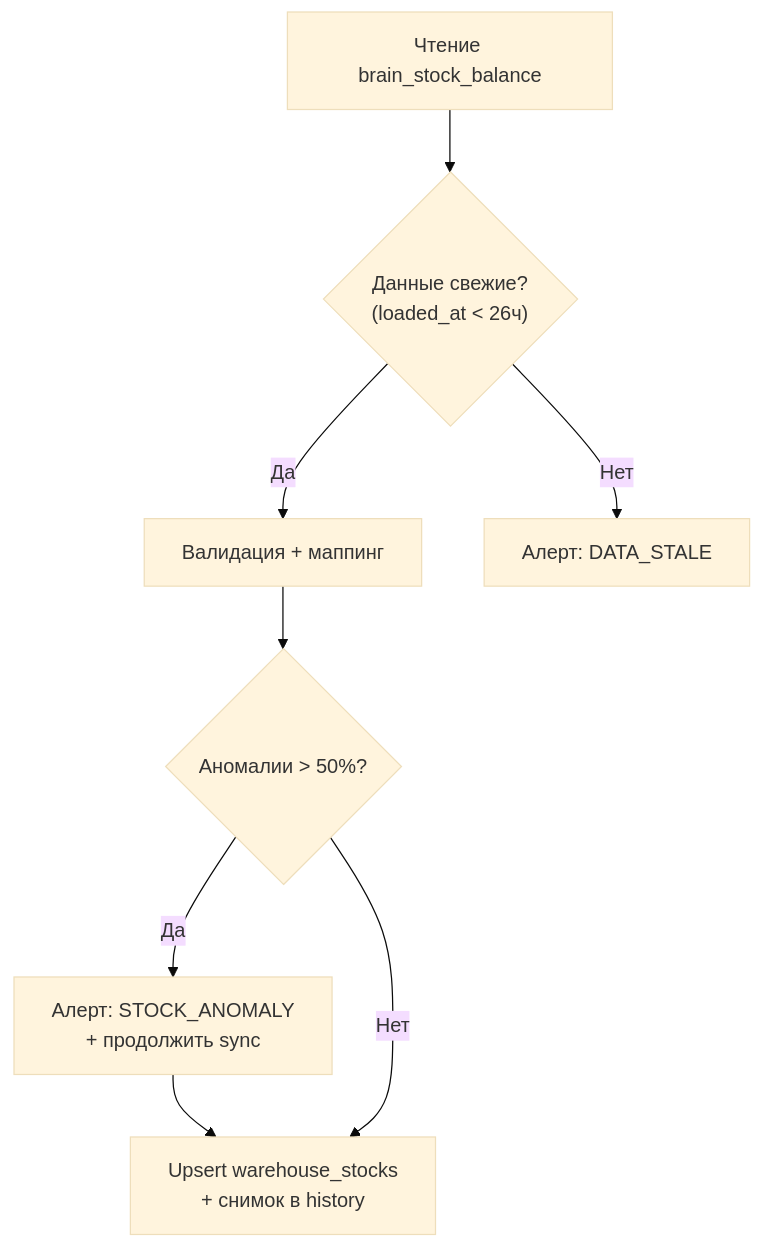
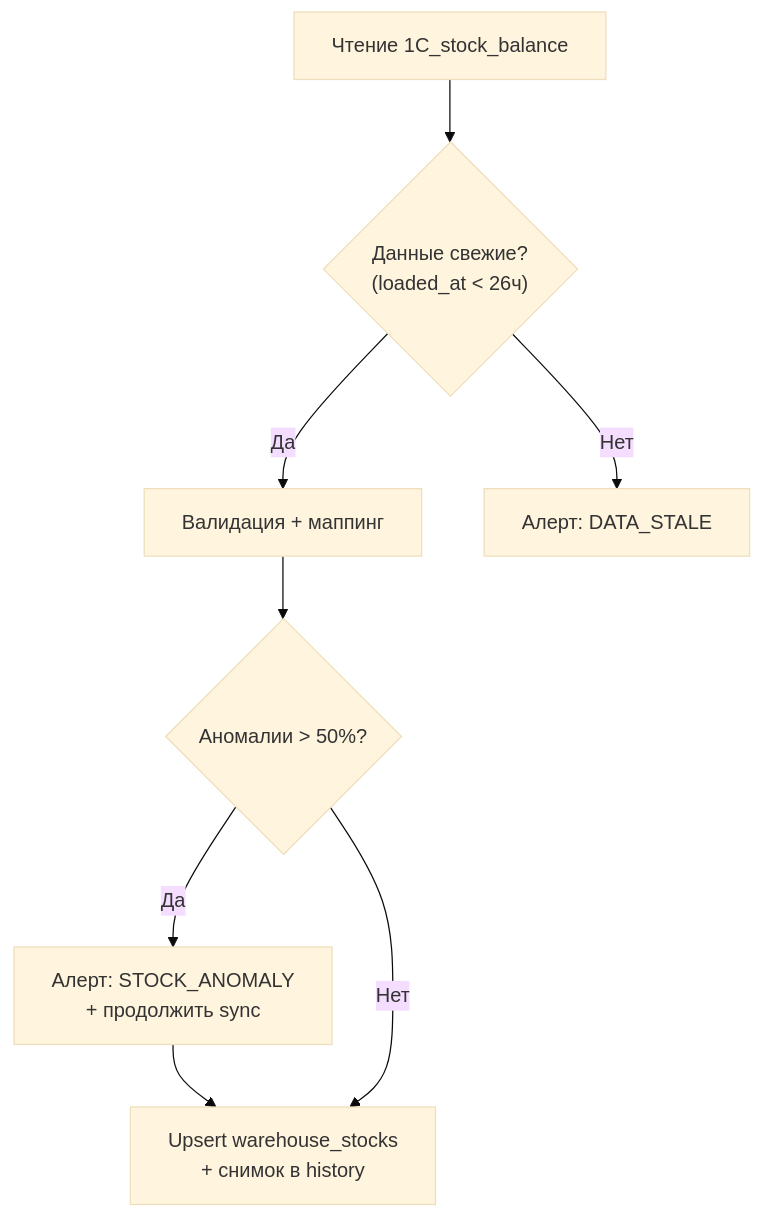
Before and after one commit to Sign25/Docs: the ninth of 11 diagrams in logistic/adolf_logistic_1_architecture.md, drawn with Mermaid (base theme). The commit also changed other lines of this file, not shown here.

Commit message:
refactor(logistic): rename brain_* -> 1C_*, update A1 links to 1cexport

````diff
--- a/logistic/adolf_logistic_1_architecture.md
+++ b/logistic/adolf_logistic_1_architecture.md
@@ -602,17 +602,17 @@
 ```mermaid
 flowchart TD
-    READ["Чтение brain_stock_balance"]
+    READ["Чтение 1C_stock_balance"]
     FRESH{"Данные свежие?<br/>(loaded_at < 26ч)"}
     VALIDATE["Валидация + маппинг"]
     ANOMALY{"Аномалии > 50%?"}
     
     SYNC["Upsert warehouse_stocks<br/>+ снимок в history"]
     STALE_ALERT["Алерт: DATA_STALE"]
     ANOMALY_ALERT["Алерт: STOCK_ANOMALY<br/>+ продолжить sync"]
     
     READ --> FRESH
     FRESH -->|Да| VALIDATE --> ANOMALY
     FRESH -->|Нет| STALE_ALERT
     ANOMALY -->|Да| ANOMALY_ALERT --> SYNC
     ANOMALY -->|Нет| SYNC
 ```
````
